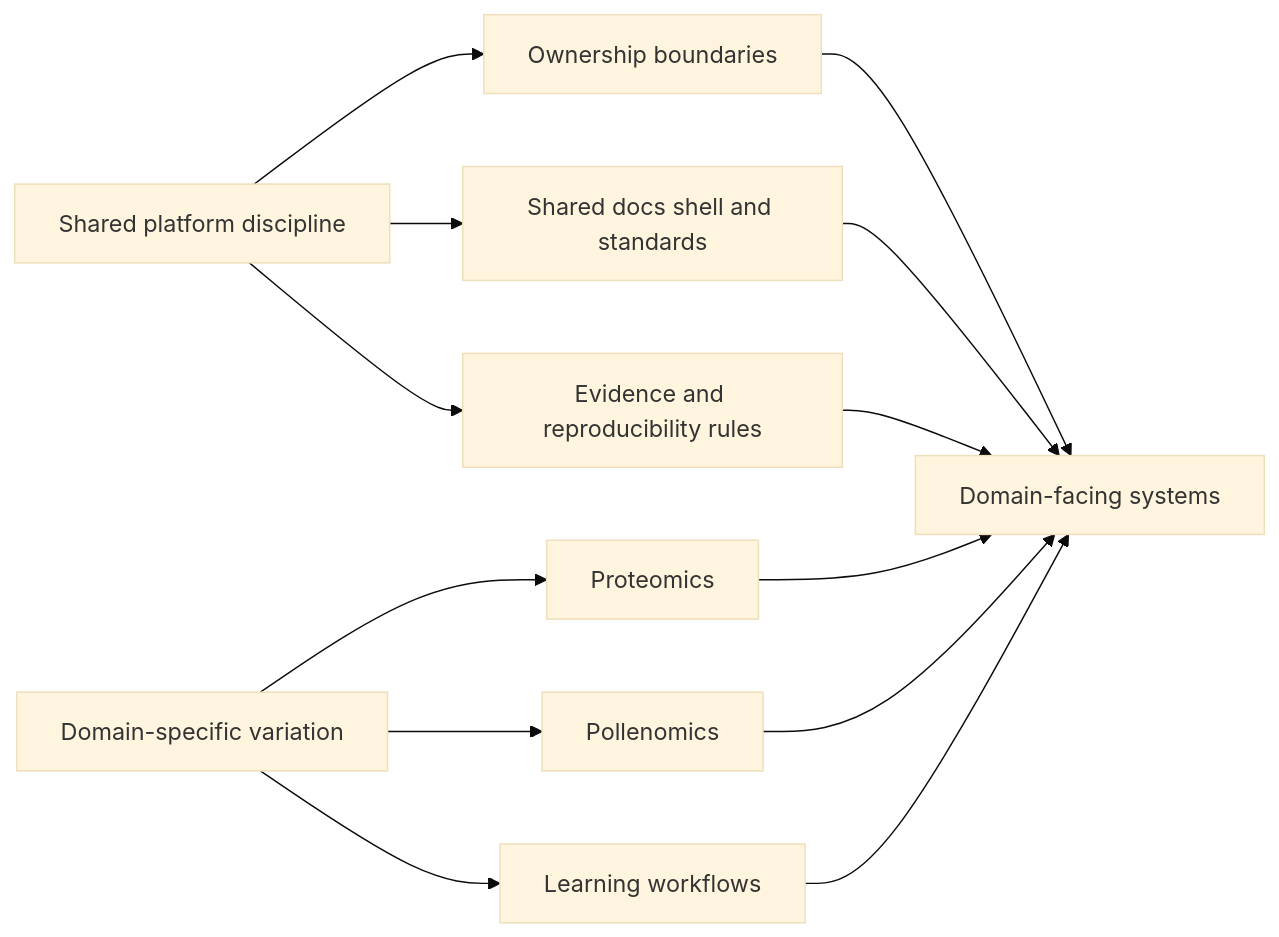
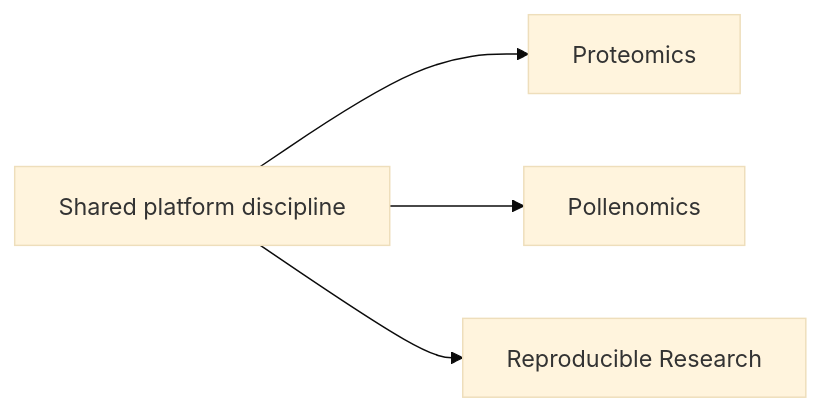
Before and after one commit to bijux/bijux.github.io: the diagram in docs/01-platform/applied-domains/index.md, drawn with Mermaid (base theme). The commit also changed other lines of this file and 8 other files, not shown here.

````diff
--- a/docs/01-platform/applied-domains/index.md
+++ b/docs/01-platform/applied-domains/index.md
@@ -19,17 +17,6 @@
 ```mermaid
 graph LR
-    shared["Shared platform discipline"] --> boundaries["Ownership boundaries"]
-    shared --> shell["Shared docs shell and standards"]
-    shared --> evidence["Evidence and reproducibility rules"]
-
-    pressure["Domain-specific variation"] --> proteomics["Proteomics"]
-    pressure --> pollenomics["Pollenomics"]
-    pressure --> learning["Learning workflows"]
-
-    boundaries --> outcomes["Domain-facing systems"]
-    shell --> outcomes
-    evidence --> outcomes
-    proteomics --> outcomes
-    pollenomics --> outcomes
-    learning --> outcomes
+    foundations["Shared platform discipline"] --> proteomics["Proteomics"]
+    foundations --> pollenomics["Pollenomics"]
+    foundations --> learning["Reproducible Research"]
 ```
````
